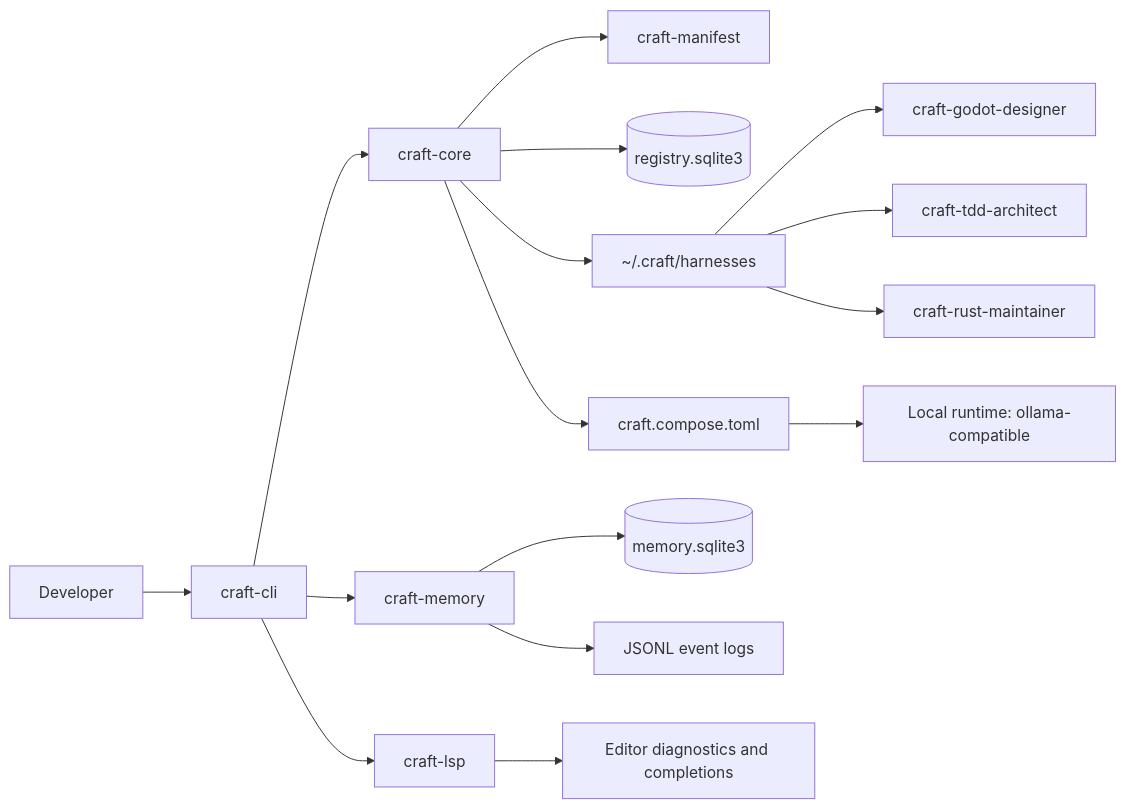
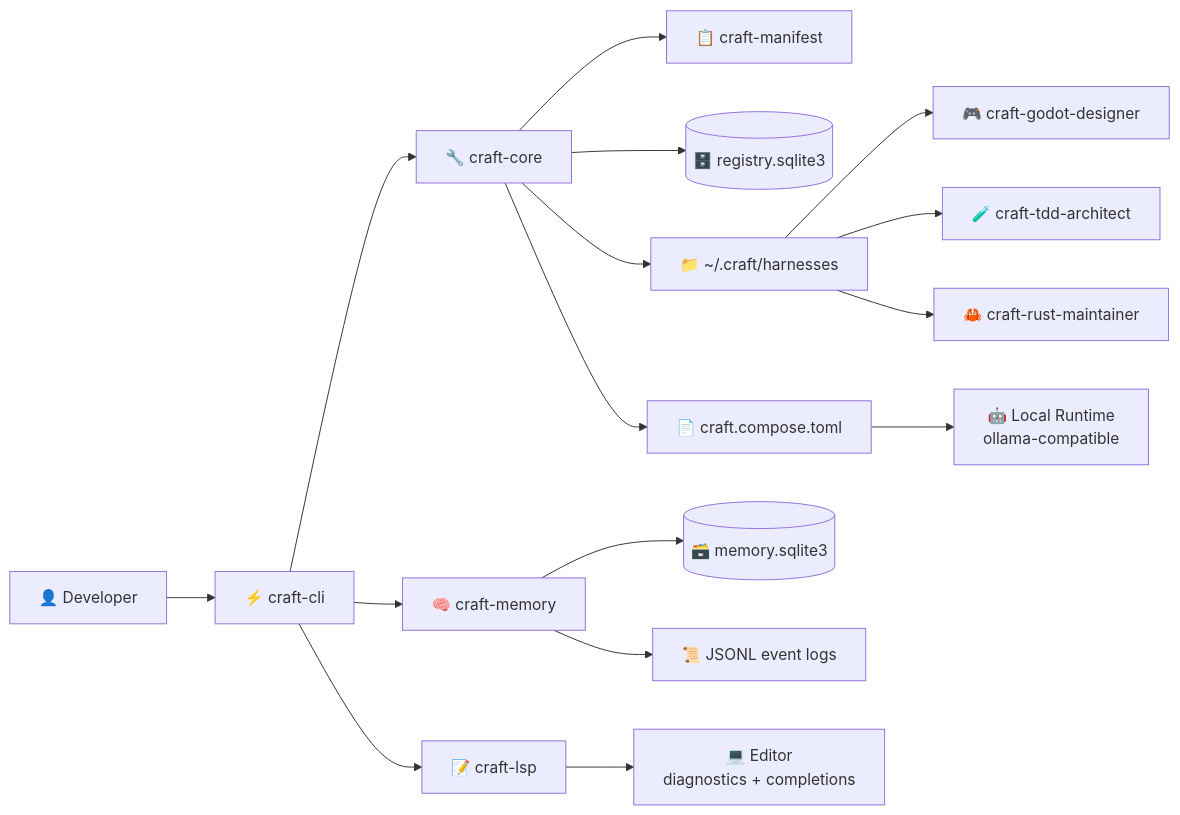
One commit to Rosavera-I/craft-core changed the first of 5 diagrams in docs/ARCHITECTURE.md. Above: the diagram before and after it, drawn with Mermaid. The commit also changed other lines of this file, not shown here.

First line of the commit message:
docs: dramatically enhance ARCHITECTURE.md with diagrams

````diff
--- a/docs/ARCHITECTURE.md
+++ b/docs/ARCHITECTURE.md
@@ -7,18 +11,18 @@
 ```mermaid
 flowchart LR
-    User[Developer] --> CLI[craft-cli]
-    CLI --> Core[craft-core]
-    CLI --> LSP[craft-lsp]
-    CLI --> Memory[craft-memory]
-    Core --> Manifest[craft-manifest]
-    Core --> Registry[(registry.sqlite3)]
-    Core --> Harnesses[~/.craft/harnesses]
-    Harnesses --> CartridgeA[craft-godot-designer]
-    Harnesses --> CartridgeB[craft-tdd-architect]
-    Harnesses --> CartridgeC[craft-rust-maintainer]
-    Core --> Compose[craft.compose.toml]
-    Compose --> Runtime[Local runtime: ollama-compatible]
-    Memory --> MemoryDb[(memory.sqlite3)]
-    Memory --> Logs[JSONL event logs]
-    LSP --> Editor[Editor diagnostics and completions]
+    User[👤 Developer] --> CLI[⚡ craft-cli]
+    CLI --> Core[🔧 craft-core]
+    CLI --> LSP[📝 craft-lsp]
+    CLI --> Memory[🧠 craft-memory]
+    Core --> Manifest[📋 craft-manifest]
+    Core --> Registry[(🗄️ registry.sqlite3)]
+    Core --> Harnesses[📁 ~/.craft/harnesses]
+    Harnesses --> CartridgeA[🎮 craft-godot-designer]
+    Harnesses --> CartridgeB[🧪 craft-tdd-architect]
+    Harnesses --> CartridgeC[🦀 craft-rust-maintainer]
+    Core --> Compose[📄 craft.compose.toml]
+    Compose --> Runtime[🤖 Local Runtime<br/>ollama-compatible]
+    Memory --> MemoryDb[(🗃️ memory.sqlite3)]
+    Memory --> Logs[📜 JSONL event logs]
+    LSP --> Editor[💻 Editor<br/>diagnostics + completions]
 ```
````
